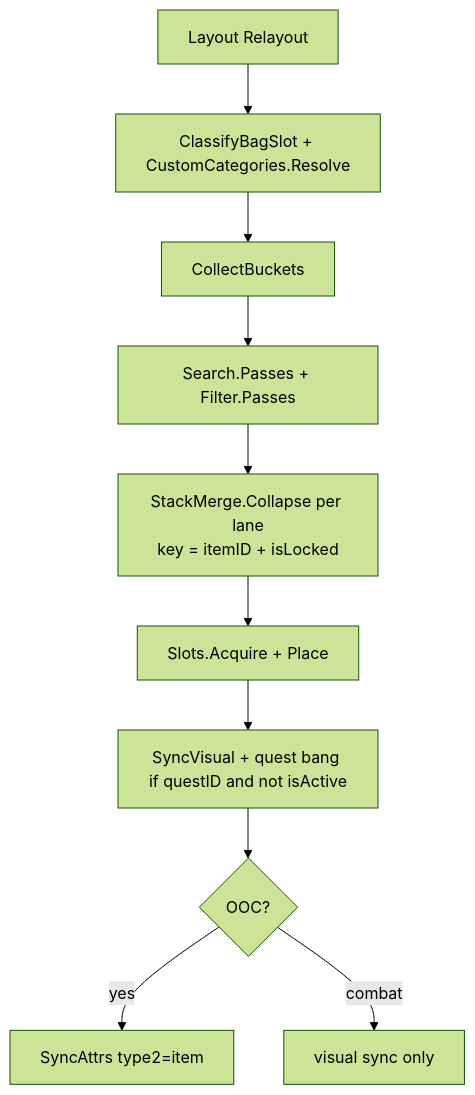
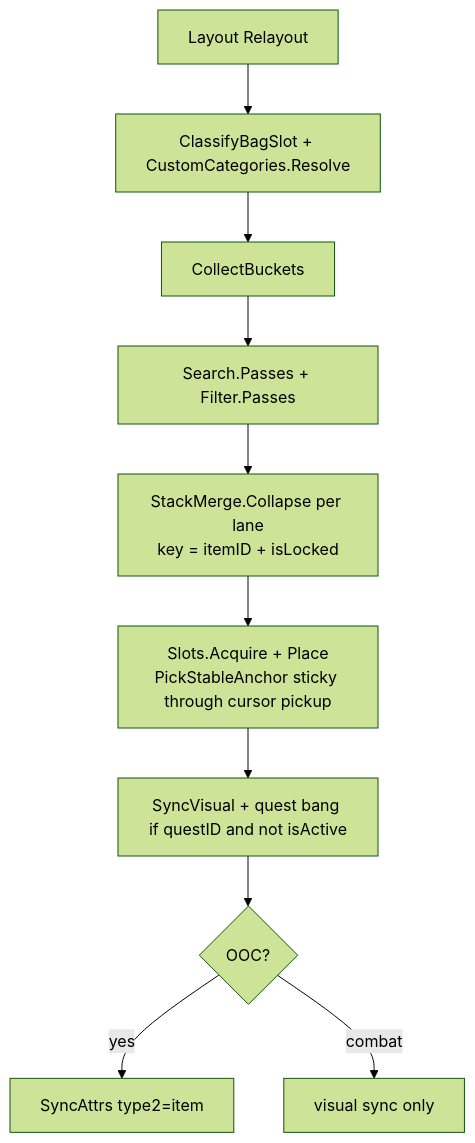
Before and after one commit to sirTurbisCZ/wow-forever-addons: the second of 7 diagrams in addons/BetterBackpack/Docs/loops.md, drawn with Mermaid (forest theme). The commit also changed other lines of this file and 7 other files, not shown here.

````diff
--- a/addons/BetterBackpack/Docs/loops.md
+++ b/addons/BetterBackpack/Docs/loops.md
@@ -42,13 +42,13 @@
 ```mermaid
 flowchart TD
   L[Layout Relayout]
   L --> Class[ClassifyBagSlot + CustomCategories.Resolve]
   Class --> Buckets[CollectBuckets]
   Buckets --> SF[Search.Passes + Filter.Passes]
   SF --> Merge[StackMerge.Collapse per lane<br/>key = itemID + isLocked]
-  Merge --> Place[Slots.Acquire + Place]
+  Merge --> Place[Slots.Acquire + Place<br/>PickStableAnchor sticky through cursor pickup]
   Place --> Visual[SyncVisual + quest bang if questID and not isActive]
   Visual --> Attrs{OOC?}
   Attrs -->|yes| Sync[SyncAttrs type2=item]
   Attrs -->|combat| Keep[visual sync only]
 ```
````
